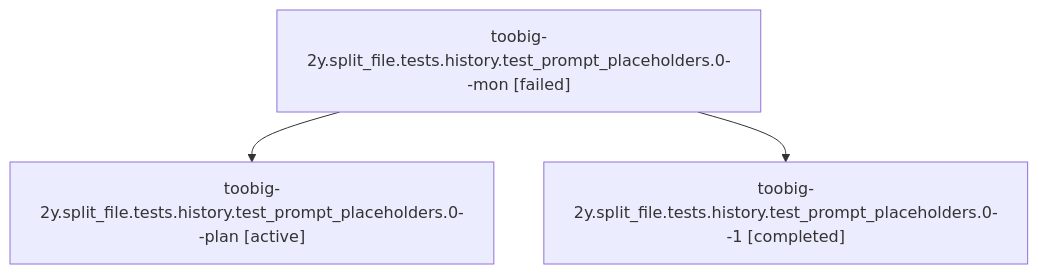
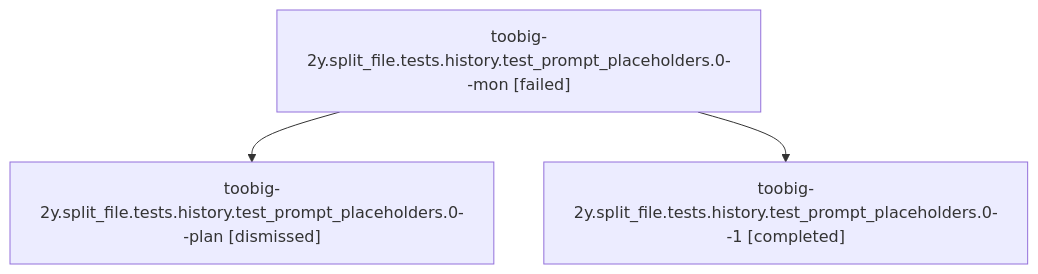
Before and after one commit to sase-org/sase--agents: the diagram in sessions/bbugyi200.athena.toobig-2y.split_file.tests.history.test_prompt_placeholders.0.md, drawn with Mermaid. The commit also changed other lines of this file and 81 other files, not shown here.

````diff
--- a/sessions/bbugyi200.athena.toobig-2y.split_file.tests.history.test_prompt_placeholders.0.md
+++ b/sessions/bbugyi200.athena.toobig-2y.split_file.tests.history.test_prompt_placeholders.0.md
@@ -9,8 +9,8 @@
 ```mermaid
 flowchart TD
   n0["toobig-2y.split_file.tests.history.test_prompt_placeholders.0--mon [failed]"]
-  n1["toobig-2y.split_file.tests.history.test_prompt_placeholders.0--plan [active]"]
+  n1["toobig-2y.split_file.tests.history.test_prompt_placeholders.0--plan [dismissed]"]
   n0 --> n1
   n2["toobig-2y.split_file.tests.history.test_prompt_placeholders.0--1 [completed]"]
   n0 --> n2
 ```
````
